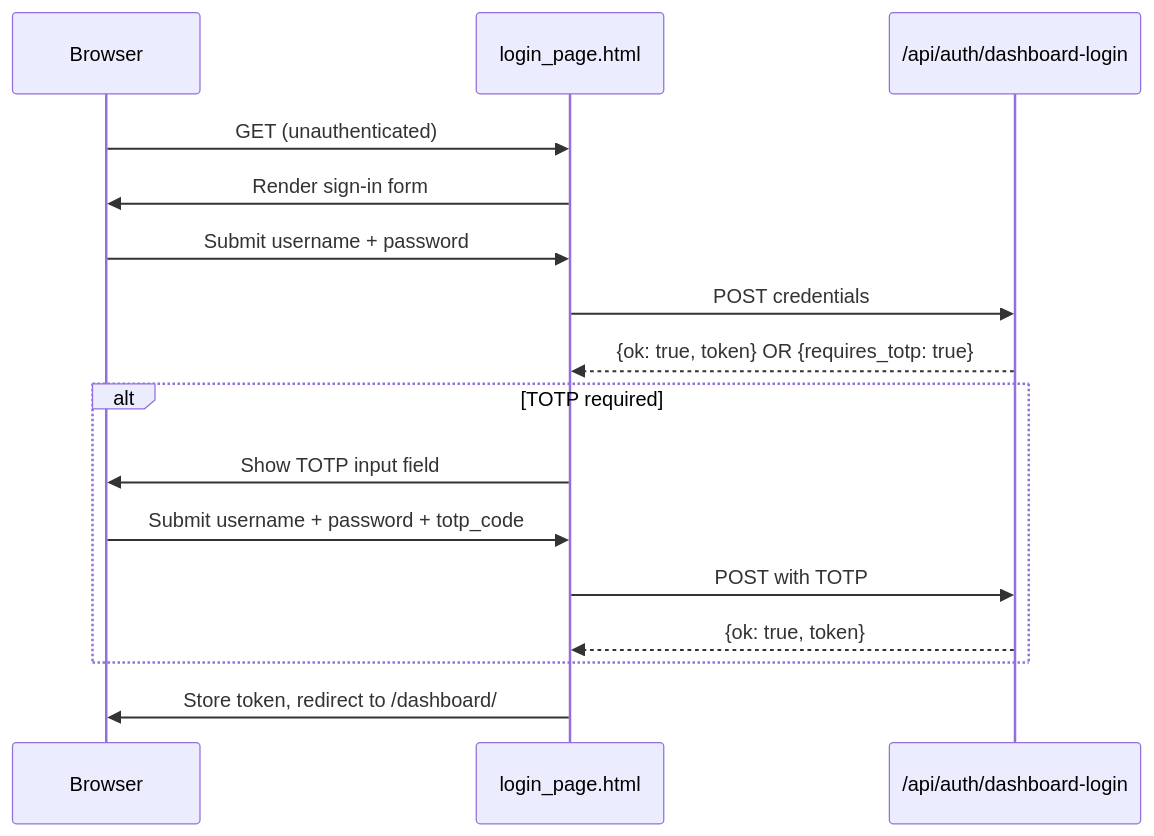
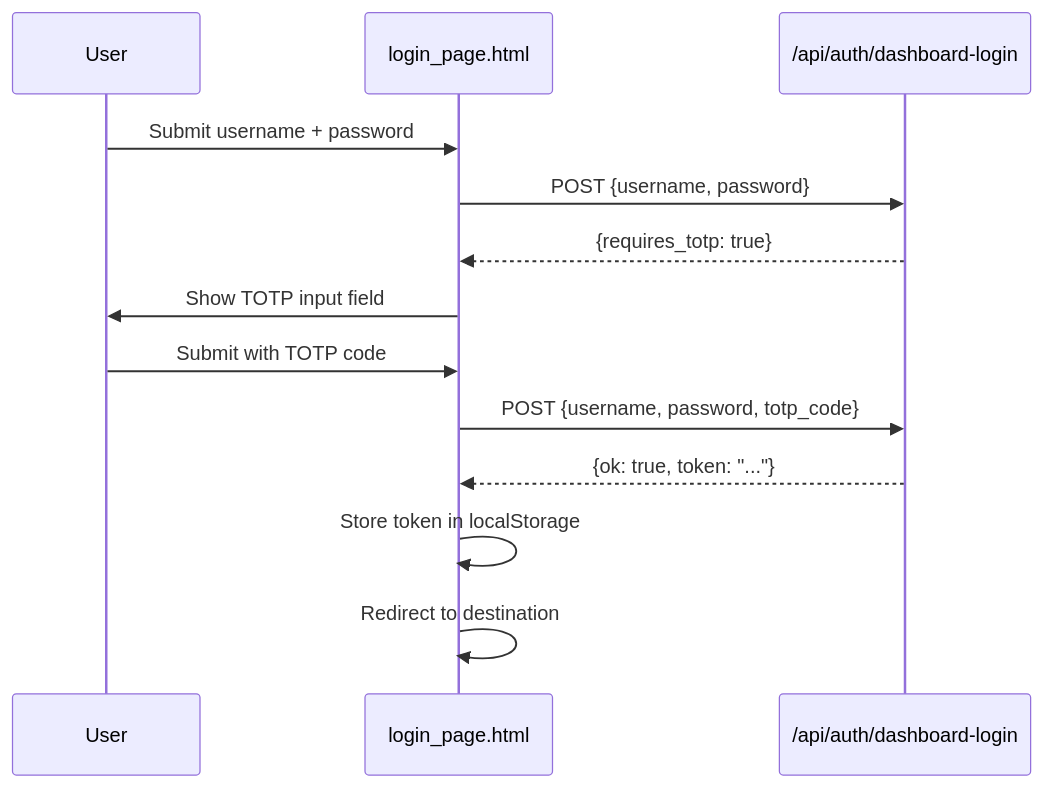
The diagram in other-librefang-api-src.md (leszek3737/librefang-WIki), drawn with Mermaid before and after one commit. The commit also changed other lines of this file and 99 other files, not shown here.

````diff
--- a/other-librefang-api-src.md
+++ b/other-librefang-api-src.md
@@ -15,19 +15,16 @@
 ```mermaid
 sequenceDiagram
-    participant U as Browser
-    participant L as login_page.html
-    participant A as /api/auth/dashboard-login
+    participant User
+    participant Page as login_page.html
+    participant API as /api/auth/dashboard-login
 
-    U->>L: GET (unauthenticated)
-    L->>U: Render sign-in form
-    U->>L: Submit username + password
-    L->>A: POST credentials
-    A-->>L: {ok: true, token} OR {requires_totp: true}
-    alt TOTP required
-        L->>U: Show TOTP input field
-        U->>L: Submit username + password + totp_code
-        L->>A: POST with TOTP
-        A-->>L: {ok: true, token}
-    end
-    L->>U: Store token, redirect to /dashboard/
+    User->>Page: Submit username + password
+    Page->>API: POST {username, password}
+    API-->>Page: {requires_totp: true}
+    Page->>User: Show TOTP input field
+    User->>Page: Submit with TOTP code
+    Page->>API: POST {username, password, totp_code}
+    API-->>Page: {ok: true, token: "..."}
+    Page->>Page: Store token in localStorage
+    Page->>Page: Redirect to destination
 ```
````
